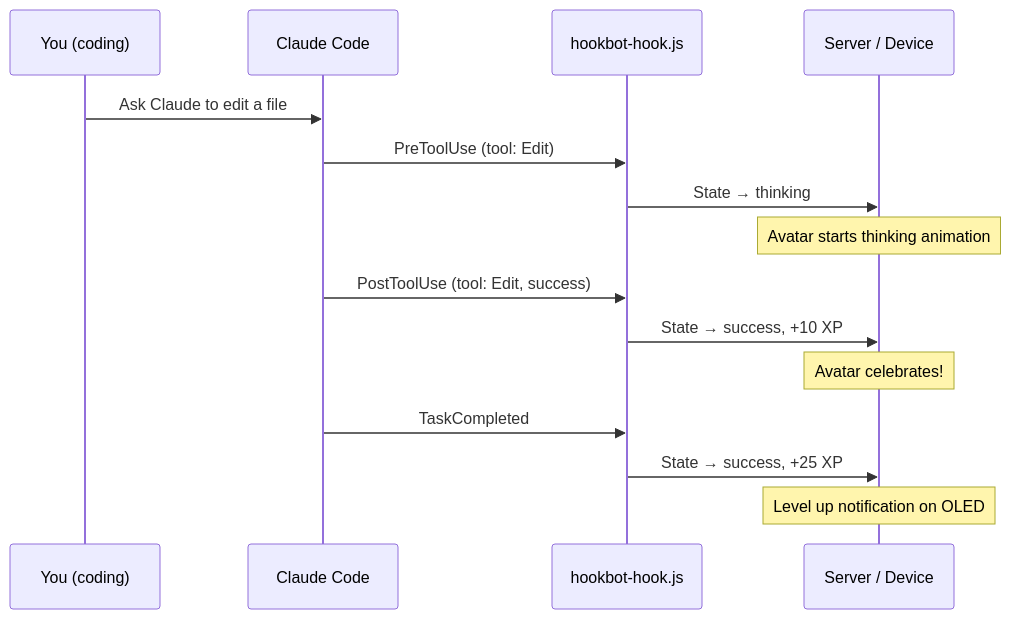
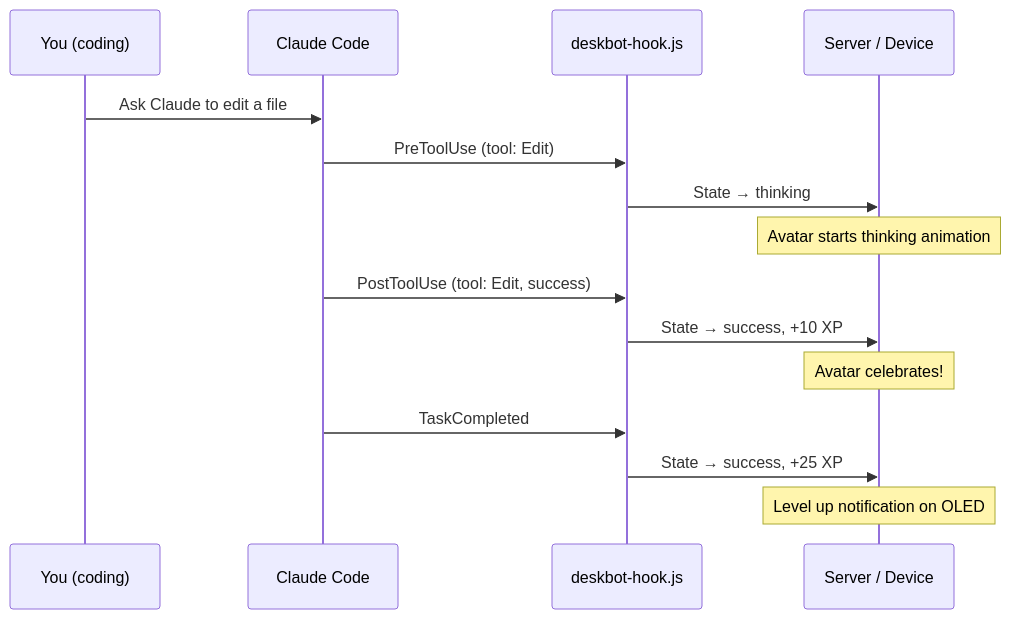
One commit to xaxy55/Hookbot changed the diagram in docs/hooks.md. Above: the diagram before and after it, drawn with Mermaid. The commit also changed other lines of this file and 11 other files, not shown here.

````diff
--- a/docs/hooks.md
+++ b/docs/hooks.md
@@ -7,20 +7,20 @@
 ```mermaid
 sequenceDiagram
     participant You as You (coding)
     participant CC as Claude Code
-    participant HK as hookbot-hook.js
+    participant HK as deskbot-hook.js
     participant SV as Server / Device
 
     You->>CC: Ask Claude to edit a file
     CC->>HK: PreToolUse (tool: Edit)
     HK->>SV: State → thinking
     Note over SV: Avatar starts thinking animation
 
     CC->>HK: PostToolUse (tool: Edit, success)
     HK->>SV: State → success, +10 XP
     Note over SV: Avatar celebrates!
 
     CC->>HK: TaskCompleted
     HK->>SV: State → success, +25 XP
     Note over SV: Level up notification on OLED
 ```
````
